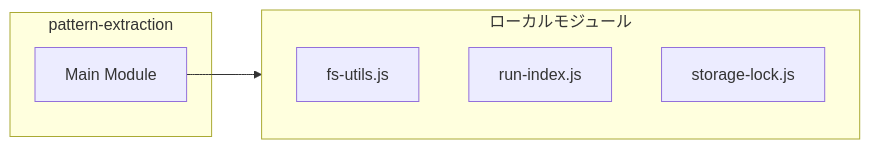
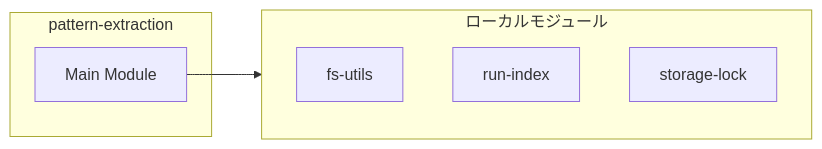
Before and after one commit to Mekann2904/mekann: the second of 4 diagrams in ABDD/.pi/lib/pattern-extraction.md, drawn with Mermaid. The commit also changed other lines of this file and 174 other files, not shown here.

First line of the commit message:
fix(docs): ABDDのMermaid図生成エラーを修正する

````diff
--- a/ABDD/.pi/lib/pattern-extraction.md
+++ b/ABDD/.pi/lib/pattern-extraction.md
@@ -85,12 +85,12 @@
 ```mermaid
 flowchart LR
   subgraph this[pattern-extraction]
     main[Main Module]
   end
   subgraph local[ローカルモジュール]
-    fs_utils_js["fs-utils.js"]
-    run_index_js["run-index.js"]
-    storage_lock_js["storage-lock.js"]
+    fs_utils["fs-utils"]
+    run_index["run-index"]
+    storage_lock["storage-lock"]
   end
   main --> local
 ```
````
